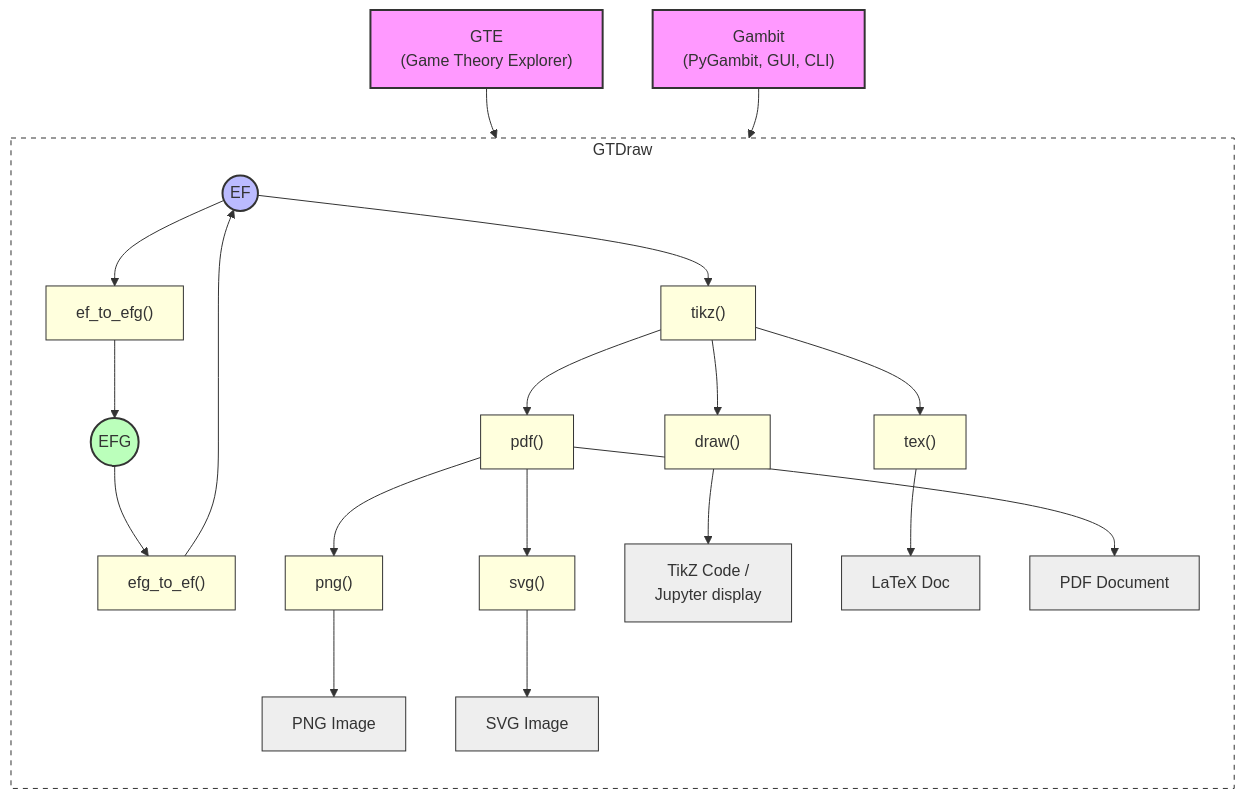
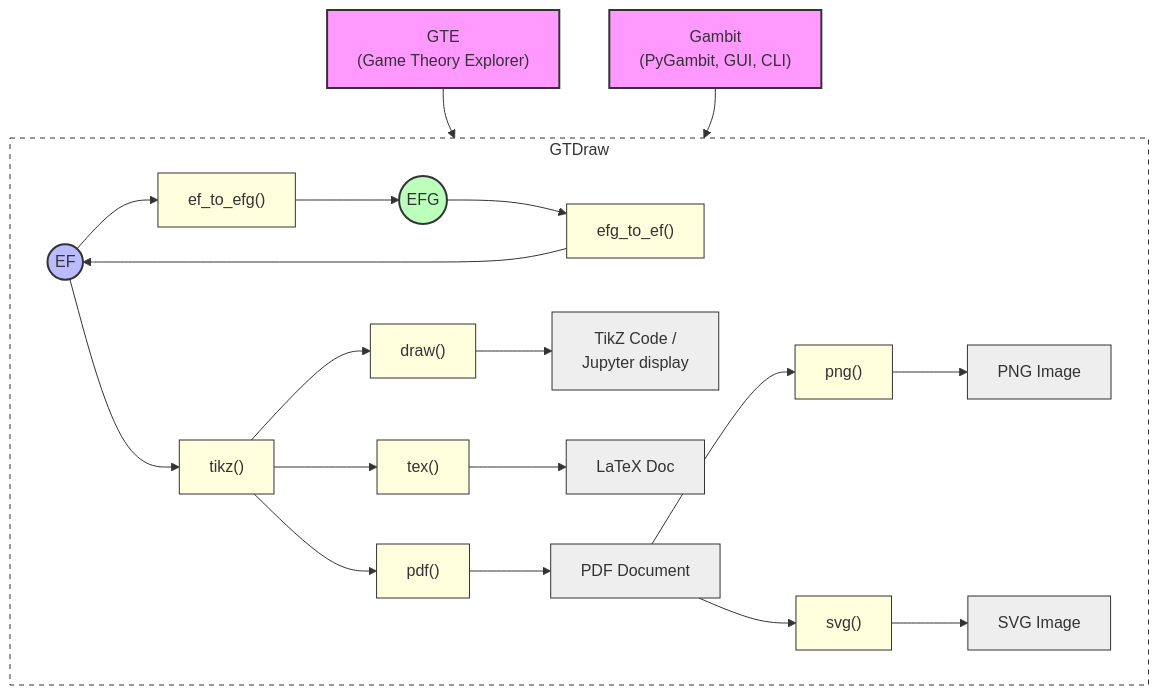
One commit to gambitproject/gtdraw changed the diagram in docs/creating_games.md. Above: the diagram before and after it, drawn with Mermaid.

Commit message:
docs: update GTDraw architecture diagram in documentation

````diff
--- a/docs/creating_games.md
+++ b/docs/creating_games.md
@@ -12,55 +12,53 @@
 ```{mermaid}
 flowchart TD
     %% Source Inputs
     GTE["GTE <br/> (Game Theory Explorer)"] --> EF((EF))
     Gambit["Gambit <br/> (PyGambit, GUI, CLI)"] --> EFG((EFG))
 
     subgraph GTDraw
-        direction TB
+        direction LR
 
         %% Conversion Layer
         EF --> ef_to_efg_fn["ef_to_efg()"]
         ef_to_efg_fn --> EFG
         EFG --> efg_to_ef_fn["efg_to_ef()"]
         efg_to_ef_fn --> EF
 
         %% core.py entry point
         EF --> tikz_fn["tikz()"]
 
         %% Functions that build directly on tikz()
         tikz_fn --> draw_fn["draw()"]
         tikz_fn --> tex_fn["tex()"]
         tikz_fn --> pdf_fn["pdf()"]
 
-        %% Functions that build on pdf()
-        pdf_fn --> png_fn["png()"]
-        pdf_fn --> svg_fn["svg()"]
-
         %% Output nodes
         draw_fn --> OUT1["TikZ Code /<br/>Jupyter display"]
         tex_fn  --> OUT2[LaTeX Doc]
         pdf_fn  --> OUT3[PDF Document]
-        png_fn  --> OUT4[PNG Image]
-        svg_fn  --> OUT5[SVG Image]
+
+        %% Functions that build on pdf()
+        OUT3 --> png_fn["png()"] --> OUT4[PNG Image]
+        OUT3 --> svg_fn["svg()"] --> OUT5[SVG Image]
     end
 
     %% Styling
     style GTE fill:#f9f,stroke:#333,stroke-width:2px
     style Gambit fill:#f9f,stroke:#333,stroke-width:2px
     style EF fill:#bbf,stroke:#333,stroke-width:2px
     style EFG fill:#bfb,stroke:#333,stroke-width:2px
     style ef_to_efg_fn fill:#ffd,stroke:#333
     style efg_to_ef_fn fill:#ffd,stroke:#333
     style tikz_fn fill:#ffd,stroke:#333
     style draw_fn fill:#ffd,stroke:#333
     style tex_fn fill:#ffd,stroke:#333
     style pdf_fn fill:#ffd,stroke:#333
     style png_fn fill:#ffd,stroke:#333
     style svg_fn fill:#ffd,stroke:#333
     style GTDraw fill:#fff,stroke:#333,stroke-dasharray: 5 5
     style OUT1 fill:#eee,stroke:#333
     style OUT2 fill:#eee,stroke:#333
     style OUT3 fill:#eee,stroke:#333
     style OUT4 fill:#eee,stroke:#333
     style OUT5 fill:#eee,stroke:#333
 ```
````
